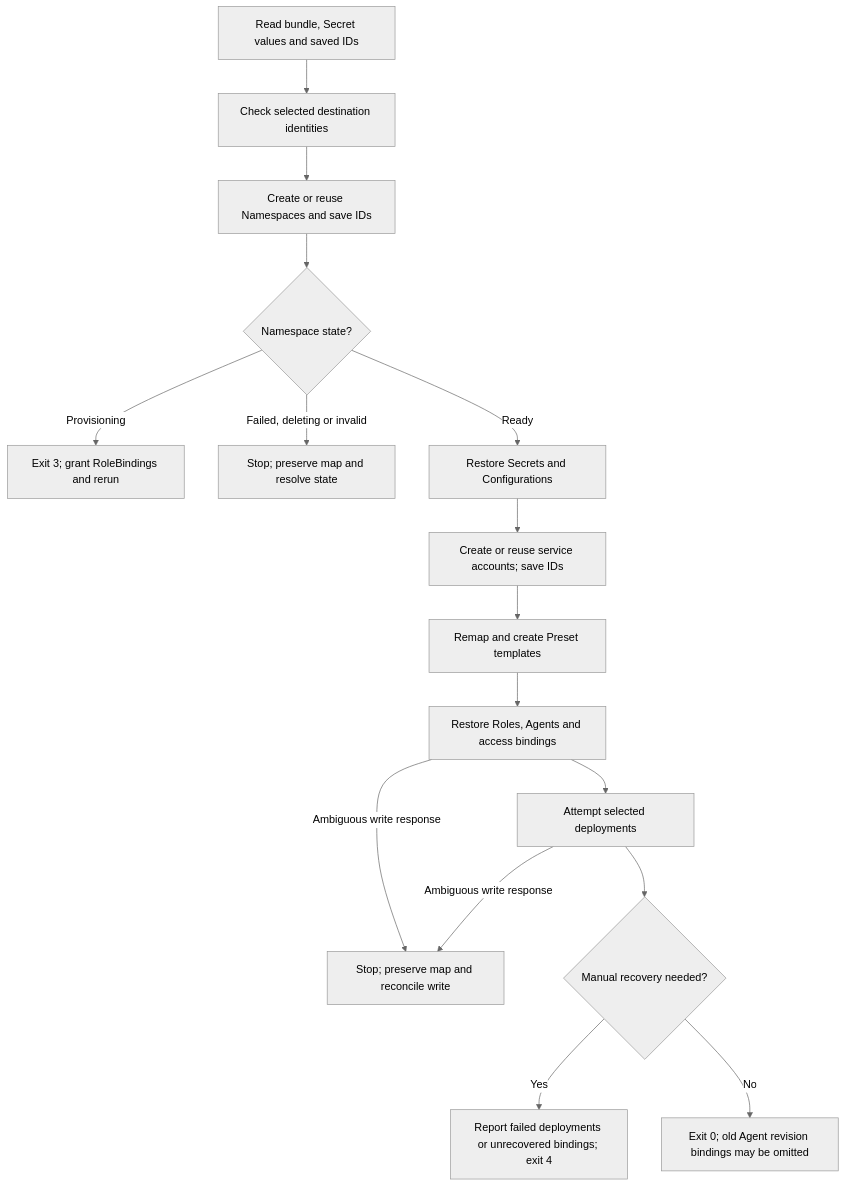
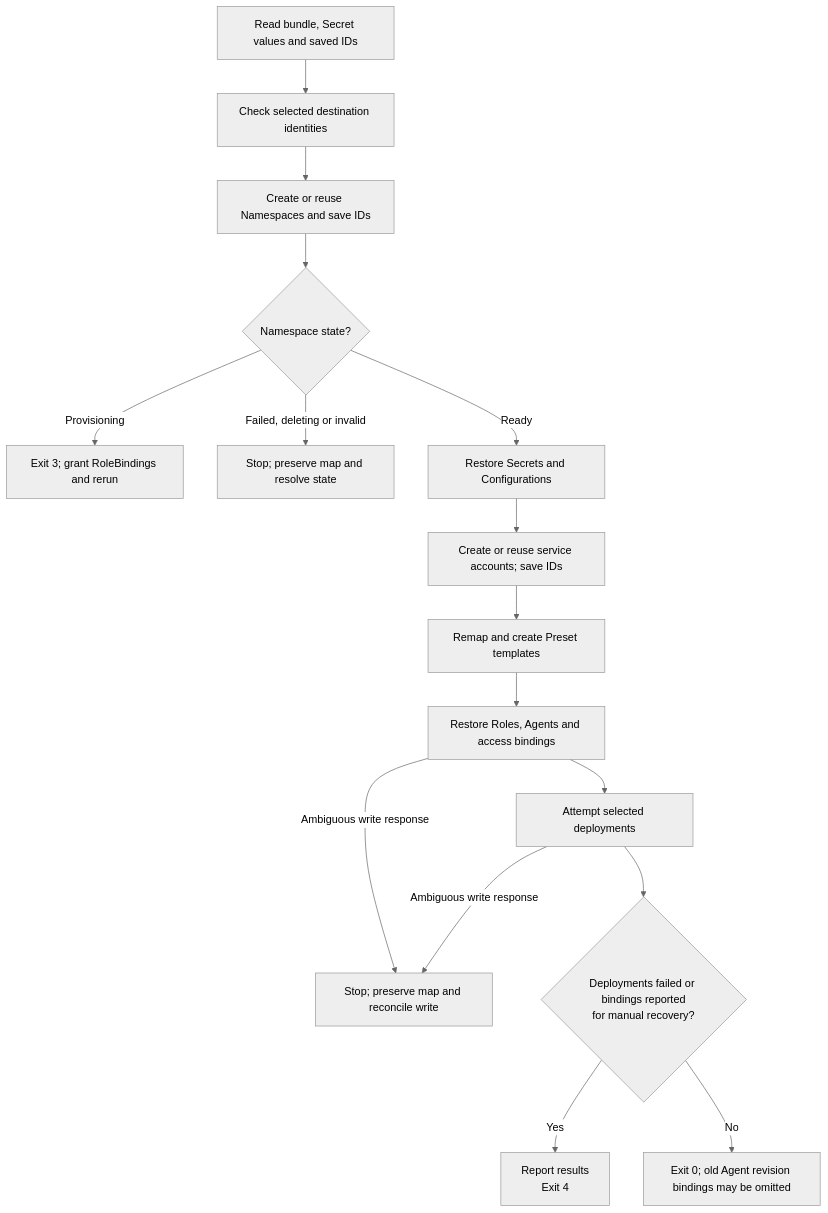
One commit to openclaw/openclaw-enterprise changed the diagram in docs/flows/tenant-restore.md. Above: the diagram before and after it, drawn with Mermaid (neutral theme). The commit also changed other lines of this file, not shown here.

Commit message:
docs: clarify tenant import exit status on reruns

````diff
--- a/docs/flows/tenant-restore.md
+++ b/docs/flows/tenant-restore.md
@@ -27,18 +27,18 @@
 ```mermaid
 graph TD
     A["Read bundle, Secret values and saved IDs"] --> B["Check selected destination identities"]
     B --> C["Create or reuse Namespaces and save IDs"]
     C --> D{"Namespace state?"}
     D -->|Provisioning| E["Exit 3; grant RoleBindings and rerun"]
     D -->|Failed, deleting or invalid| N["Stop; preserve map and resolve state"]
     D -->|Ready| F["Restore Secrets and Configurations"]
     F --> G["Create or reuse service accounts; save IDs"]
     G --> H["Remap and create Preset templates"]
     H --> I["Restore Roles, Agents and access bindings"]
     I --> J["Attempt selected deployments"]
     I -->|Ambiguous write response| O["Stop; preserve map and reconcile write"]
     J -->|Ambiguous write response| O
-    J --> K{"Manual recovery needed?"}
-    K -->|Yes| L["Report failed deployments or unrecovered bindings; exit 4"]
+    J --> K{"Deployments failed or bindings reported<br/>for manual recovery?"}
+    K -->|Yes| L["Report results<br/>Exit 4"]
     K -->|No| M["Exit 0; old Agent revision bindings may be omitted"]
 ```
````
